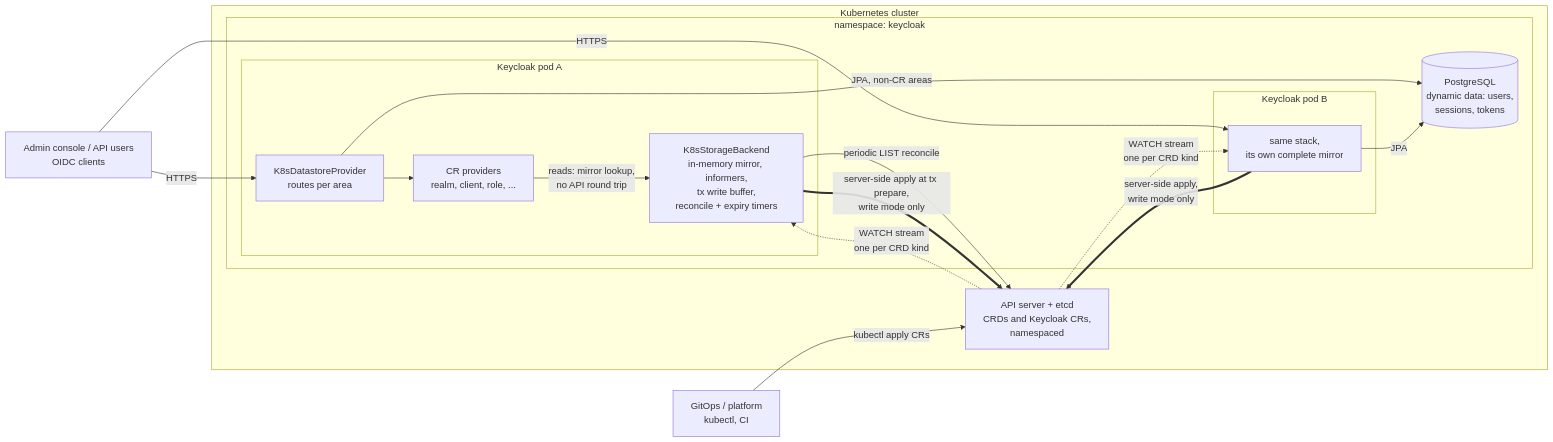
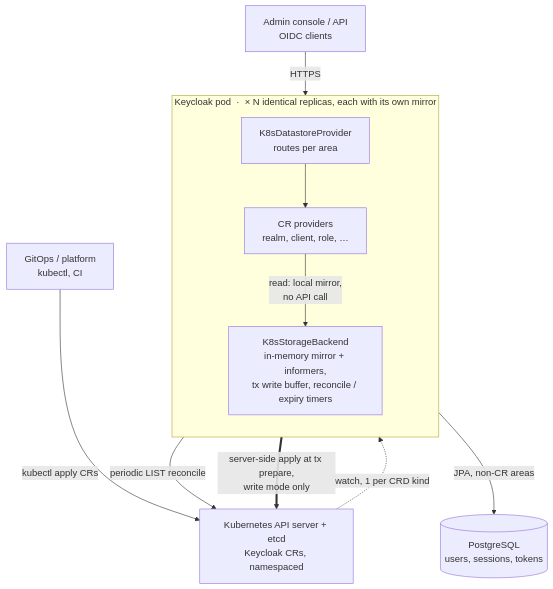
Before and after one commit to dominikschlosser/keycloak-k8store: the first of 3 diagrams in ARCHITECTURE.md, drawn with Mermaid. The commit also changed other lines of this file and 1 other file, not shown here.

````diff
--- a/ARCHITECTURE.md
+++ b/ARCHITECTURE.md
@@ -17,33 +17,24 @@
 ```mermaid
-flowchart LR
-    admin["Admin console / API users<br/>OIDC clients"]
+flowchart TD
+    admin["Admin console / API<br/>OIDC clients"]
     gitops["GitOps / platform<br/>kubectl, CI"]
 
-    subgraph cluster["Kubernetes cluster"]
-        apiserver["API server + etcd<br/>CRDs and Keycloak CRs,<br/>namespaced"]
-        subgraph ns["namespace: keycloak"]
-            subgraph podA["Keycloak pod A"]
-                dsA["K8sDatastoreProvider<br/>routes per area"]
-                crpA["CR providers<br/>realm, client, role, ..."]
-                beA["K8sStorageBackend<br/>in-memory mirror, informers,<br/>tx write buffer,<br/>reconcile + expiry timers"]
-                dsA --> crpA
-                crpA -->|"reads: mirror lookup,<br/>no API round trip"| beA
-            end
-            subgraph podB["Keycloak pod B"]
-                stackB["same stack,<br/>its own complete mirror"]
-            end
-            pg[("PostgreSQL<br/>dynamic data: users,<br/>sessions, tokens")]
-        end
+    subgraph pod["Keycloak pod &nbsp;·&nbsp; × N identical replicas, each with its own mirror"]
+        direction TB
+        ds["K8sDatastoreProvider<br/>routes per area"]
+        crp["CR providers<br/>realm, client, role, …"]
+        be["K8sStorageBackend<br/>in-memory mirror + informers,<br/>tx write buffer, reconcile / expiry timers"]
+        ds --> crp
+        crp -->|"read: local mirror,<br/>no API call"| be
     end
 
-    admin -->|"HTTPS"| dsA
-    admin -->|"HTTPS"| stackB
-    gitops -->|"kubectl apply CRs"| apiserver
-    apiserver -.->|"WATCH stream<br/>one per CRD kind"| beA
-    apiserver -.->|"WATCH stream<br/>one per CRD kind"| stackB
-    beA -->|"periodic LIST reconcile"| apiserver
-    beA ==>|"server-side apply at tx prepare,<br/>write mode only"| apiserver
-    stackB ==>|"server-side apply,<br/>write mode only"| apiserver
-    dsA -->|"JPA, non-CR areas"| pg
-    stackB -->|"JPA"| pg
+    api["Kubernetes API server + etcd<br/>Keycloak CRs, namespaced"]
+    pg[("PostgreSQL<br/>users, sessions, tokens")]
+
+    admin -->|"HTTPS"| ds
+    gitops -->|"kubectl apply CRs"| api
+    api -.->|"watch, 1 per CRD kind"| be
+    be -->|"periodic LIST reconcile"| api
+    be ==>|"server-side apply at tx prepare,<br/>write mode only"| api
+    ds -->|"JPA, non-CR areas"| pg
 ```
````
